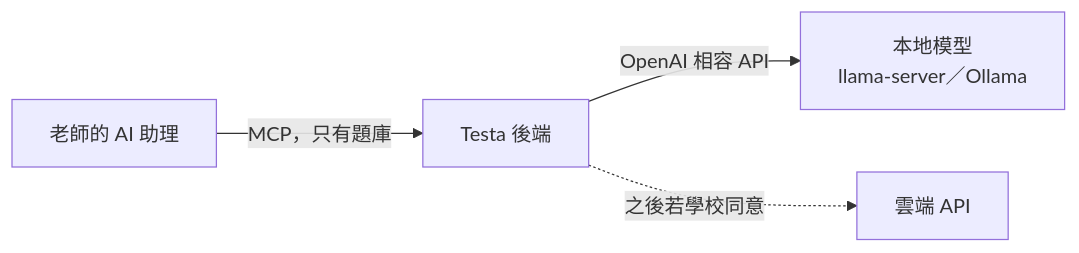
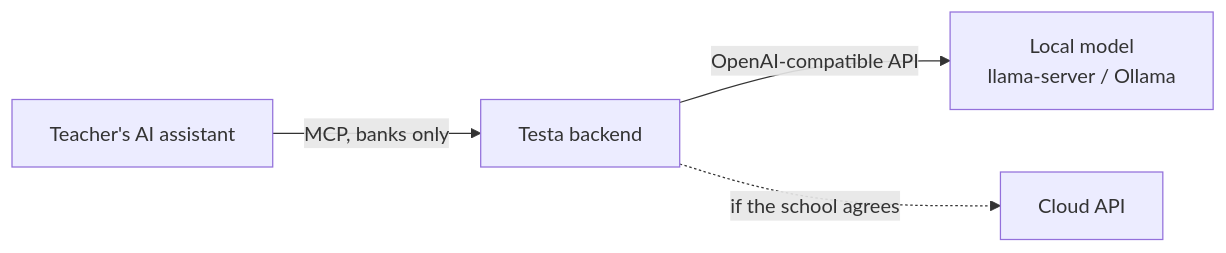
Before and after one commit to alaner652/tpcu-testa: the diagram in docs/ai.md, drawn with Mermaid. The commit also changed other lines of this file and 6 other files, not shown here.

````diff
--- a/docs/ai.md
+++ b/docs/ai.md
@@ -67,6 +67,6 @@
 ```mermaid
 flowchart LR
-    T["Testa 後端"] -->|OpenAI 相容 API| L["本地模型<br/>llama-server／Ollama"]
-    T -.之後若學校同意.-> C["雲端 API"]
-    A["老師的 AI 助理"] -->|MCP，只有題庫| T
+    T["Testa backend"] -->|OpenAI-compatible API| L["Local model<br/>llama-server / Ollama"]
+    T -.if the school agrees.-> C["Cloud API"]
+    A["Teacher's AI assistant"] -->|MCP, banks only| T
 ```
````
